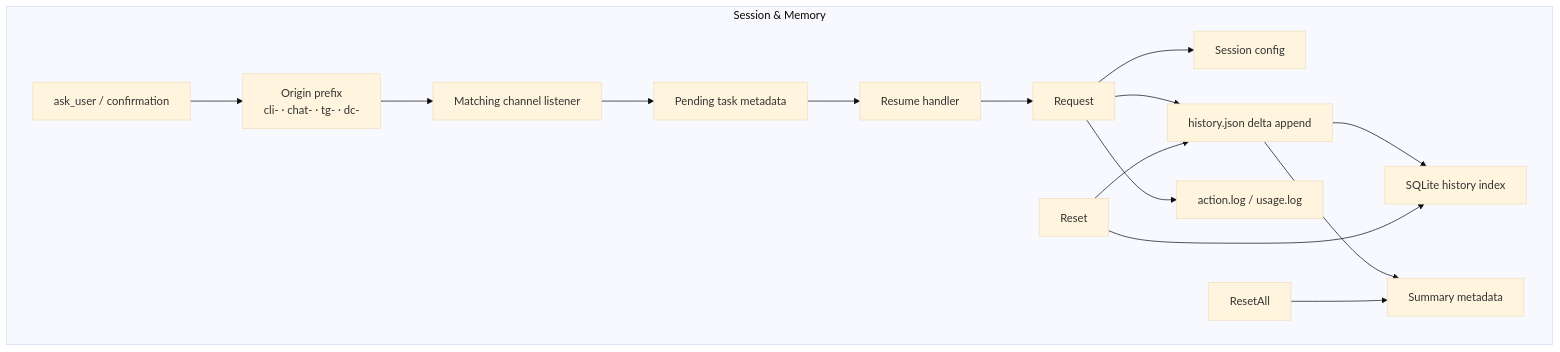
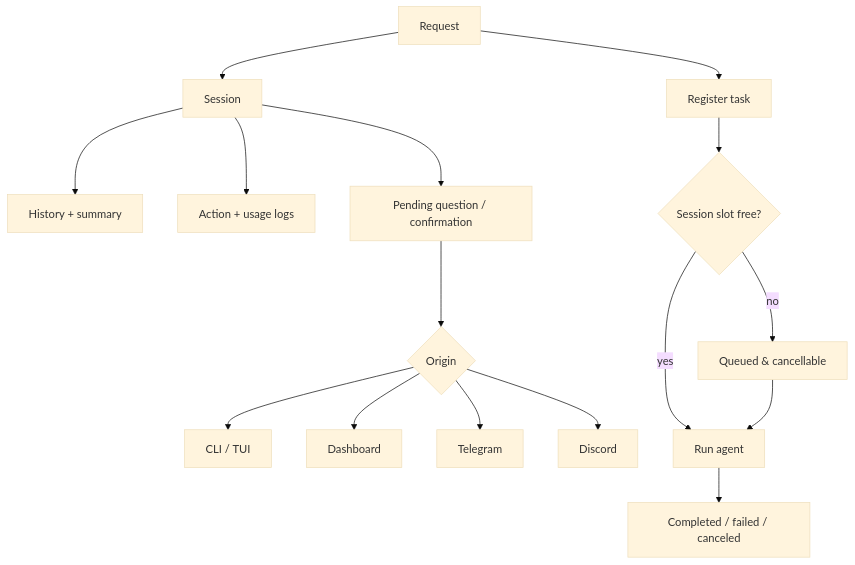
Before and after one commit to agenvoy/Agenvoy: the fifth of 9 diagrams in doc/architecture.md, drawn with Mermaid (base theme). The commit also changed other lines of this file and 5 other files, not shown here.

````diff
--- a/doc/architecture.md
+++ b/doc/architecture.md
@@ -144,18 +85,18 @@
 ```mermaid
 graph TB
-    subgraph Sessions[Session & Memory]
-        Request[Request] --> Config[Session config]
-        Request --> History[history.json delta append]
-        History --> SQLite[SQLite history index]
-        History --> Summary[Summary metadata]
-        Request --> Logs[action.log / usage.log]
-        Pending[ask_user / confirmation] --> Origin[Origin prefix<br/>cli- · chat- · tg- · dc-]
-        Origin --> MatchListener[Matching channel listener]
-        MatchListener --> Meta[Pending task metadata]
-        Meta --> Resume[Resume handler]
-        Resume --> Request
-        Reset[Reset] --> History
-        Reset --> SQLite
-        ResetAll[ResetAll] --> Summary
-    end
+    Request[Request] --> Session[Session]
+    Session --> History[History + summary]
+    Session --> Logs[Action + usage logs]
+    Session --> Pending[Pending question / confirmation]
+    Pending --> Origin{Origin}
+    Origin --> CLI[CLI / TUI]
+    Origin --> Web[Dashboard]
+    Origin --> TG[Telegram]
+    Origin --> DC[Discord]
+    Request --> Register[Register task]
+    Register --> Gate{Session slot free?}
+    Gate -->|yes| Execute[Run agent]
+    Gate -->|no| Queue[Queued & cancellable]
+    Queue --> Execute
+    Execute --> Finish[Completed / failed / canceled]
 ```
````
